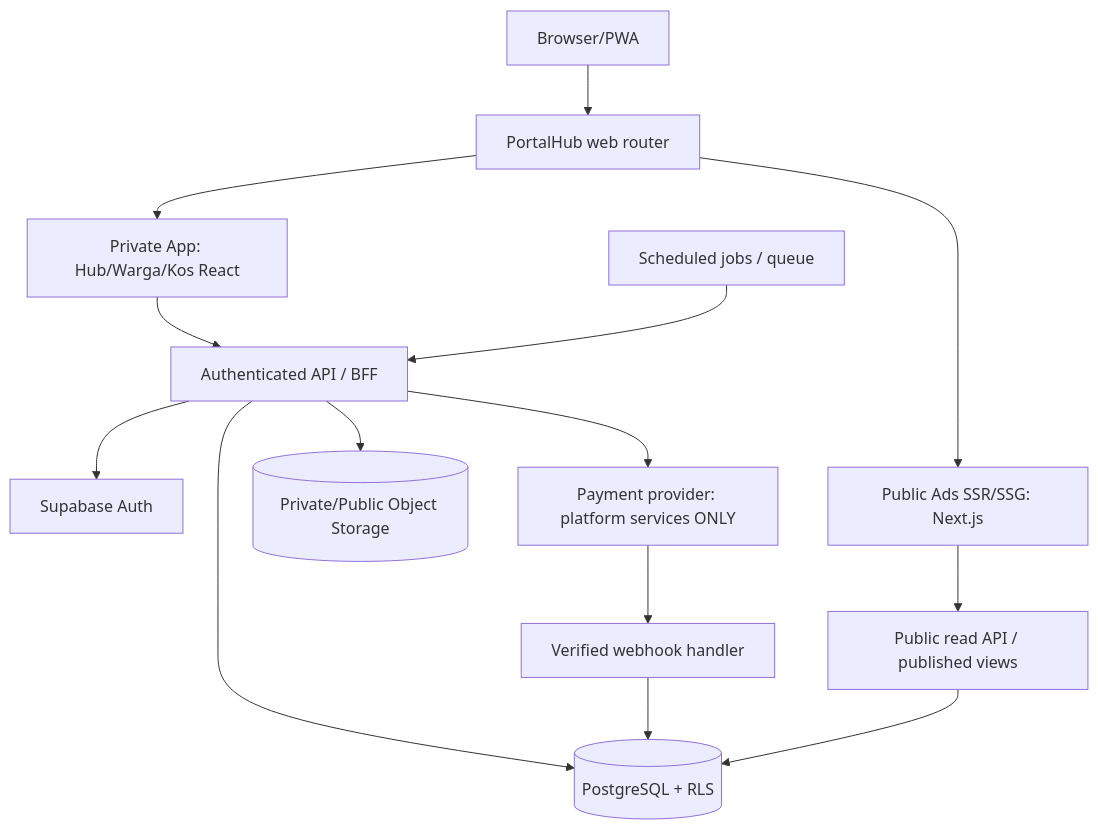
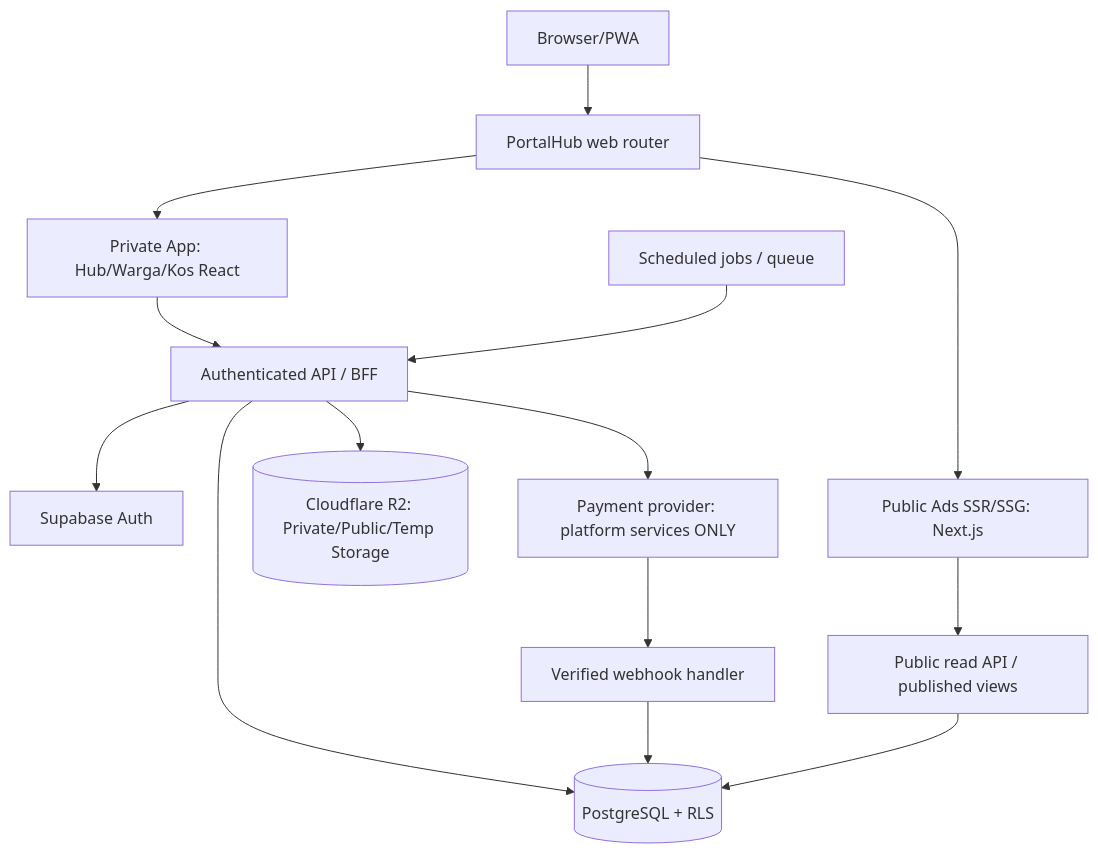
One commit to kodok-ijho/PortalHub changed the first of 2 diagrams in docs/Architecture.md. Above: the diagram before and after it, drawn with Mermaid. The commit also changed other lines of this file, not shown here.

Commit message:
docs(storage): update docs/Architecture.md for Cloudflare R2

````diff
--- a/docs/Architecture.md
+++ b/docs/Architecture.md
@@ -9,16 +9,16 @@
 ```mermaid
 flowchart TB
   U[Browser/PWA] --> R[PortalHub web router]
   R --> APP[Private App: Hub/Warga/Kos React]
   R --> ADS[Public Ads SSR/SSG: Next.js]
   APP --> API[Authenticated API / BFF]
   ADS --> PUB[Public read API / published views]
   API --> AUTH[Supabase Auth]
   API --> DB[(PostgreSQL + RLS)]
   PUB --> DB
-  API --> OBJ[(Private/Public Object Storage)]
+  API --> OBJ[(Cloudflare R2: Private/Public/Temp Storage)]
   API --> PAY[Payment provider: platform services ONLY]
   PAY --> WEBHOOK[Verified webhook handler]
   WEBHOOK --> DB
   SCHED[Scheduled jobs / queue] --> API
 ```
````
